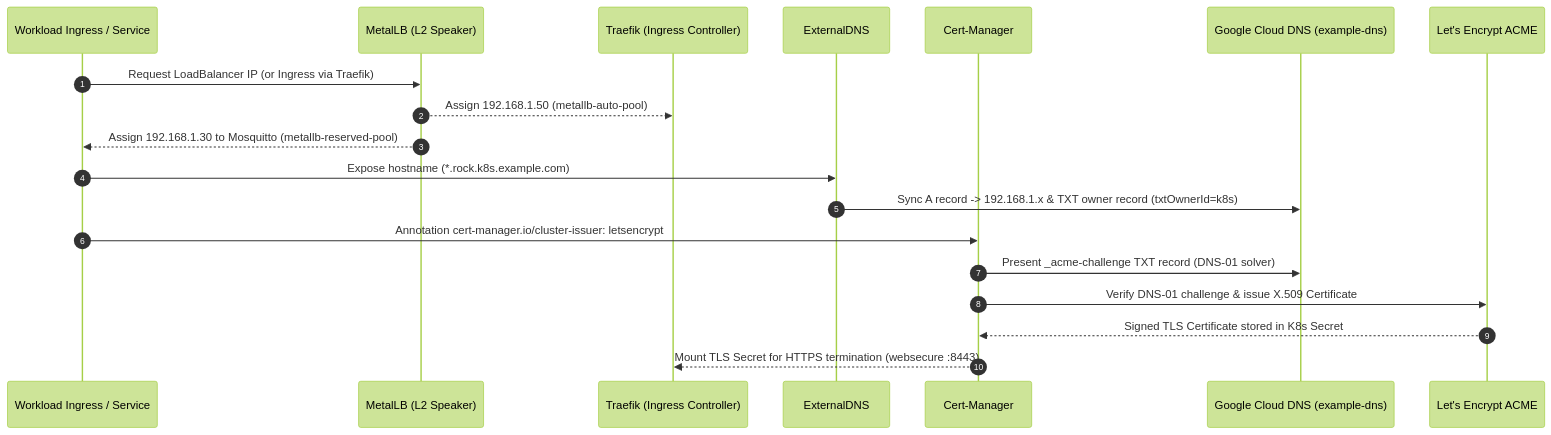
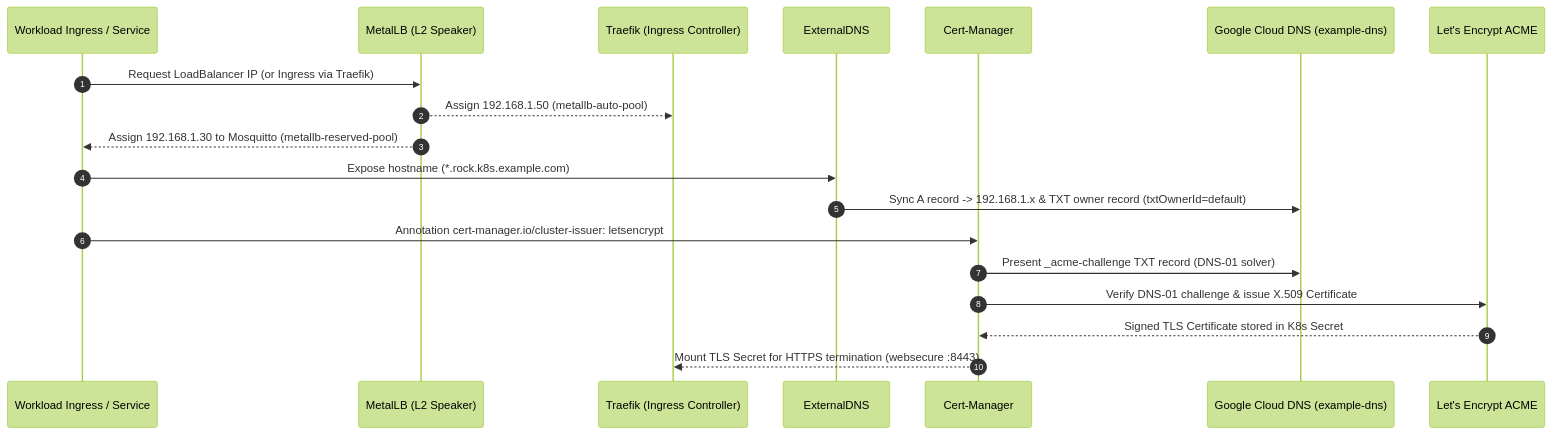
The second of 3 diagrams in docs/ARCHITECTURE.md (MyChaOS87/sloth), drawn with Mermaid (forest theme) before and after one commit. The commit also changed other lines of this file and 6 other files, not shown here.

First line of the commit message:
bugfix(smarthome,external-dns): fix grafana datasources, pin txtOwnerId, and quiet telegraf

````diff
--- a/docs/ARCHITECTURE.md
+++ b/docs/ARCHITECTURE.md
@@ -93,22 +93,22 @@
 ```mermaid
 sequenceDiagram
     autonumber
     participant App as Workload Ingress / Service
     participant MetalLB as MetalLB (L2 Speaker)
     participant Traefik as Traefik (Ingress Controller)
     participant ExtDNS as ExternalDNS
     participant CertMgr as Cert-Manager
     participant GCP as Google Cloud DNS (example-dns)
     participant LE as Let's Encrypt ACME
 
     App->>MetalLB: Request LoadBalancer IP (or Ingress via Traefik)
     MetalLB-->>Traefik: Assign 192.168.1.50 (metallb-auto-pool)
     MetalLB-->>App: Assign 192.168.1.30 to Mosquitto (metallb-reserved-pool)
     App->>ExtDNS: Expose hostname (*.rock.k8s.example.com)
-    ExtDNS->>GCP: Sync A record -> 192.168.1.x & TXT owner record (txtOwnerId=k8s)
+    ExtDNS->>GCP: Sync A record -> 192.168.1.x & TXT owner record (txtOwnerId=default)
     App->>CertMgr: Annotation cert-manager.io/cluster-issuer: letsencrypt
     CertMgr->>GCP: Present _acme-challenge TXT record (DNS-01 solver)
     CertMgr->>LE: Verify DNS-01 challenge & issue X.509 Certificate
     LE-->>CertMgr: Signed TLS Certificate stored in K8s Secret
     CertMgr-->>Traefik: Mount TLS Secret for HTTPS termination (websecure :8443)
 ```
````
